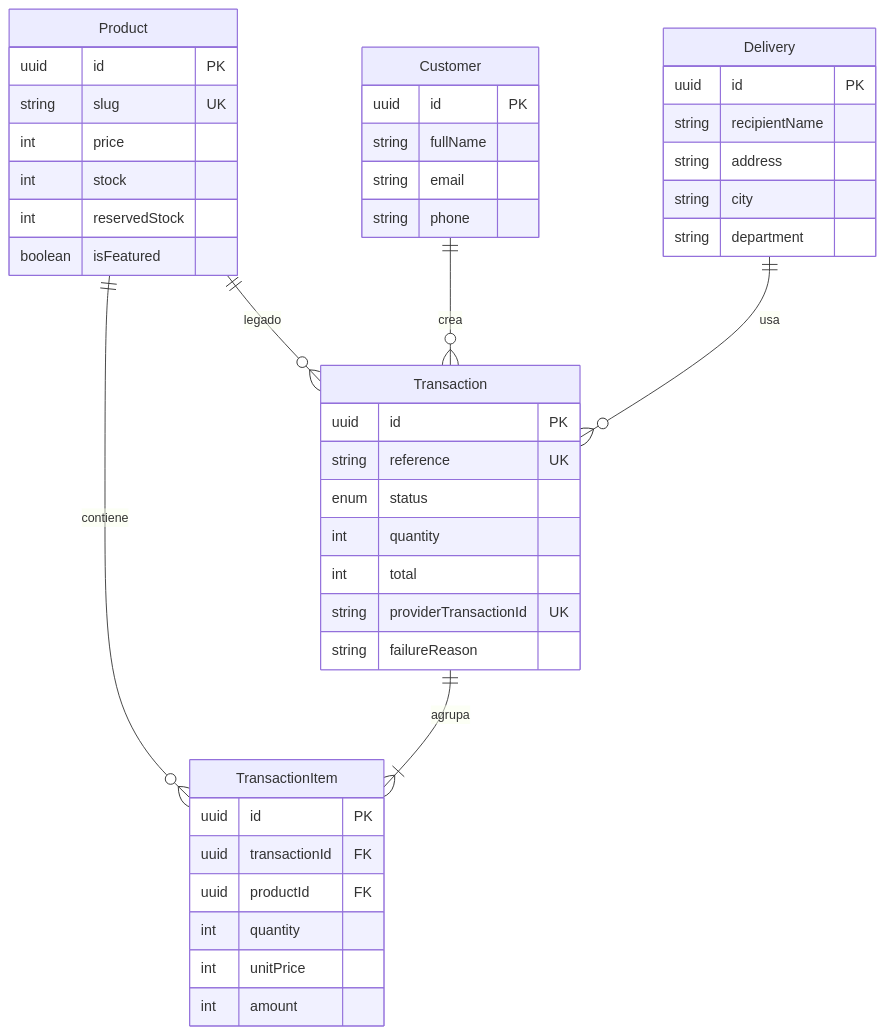
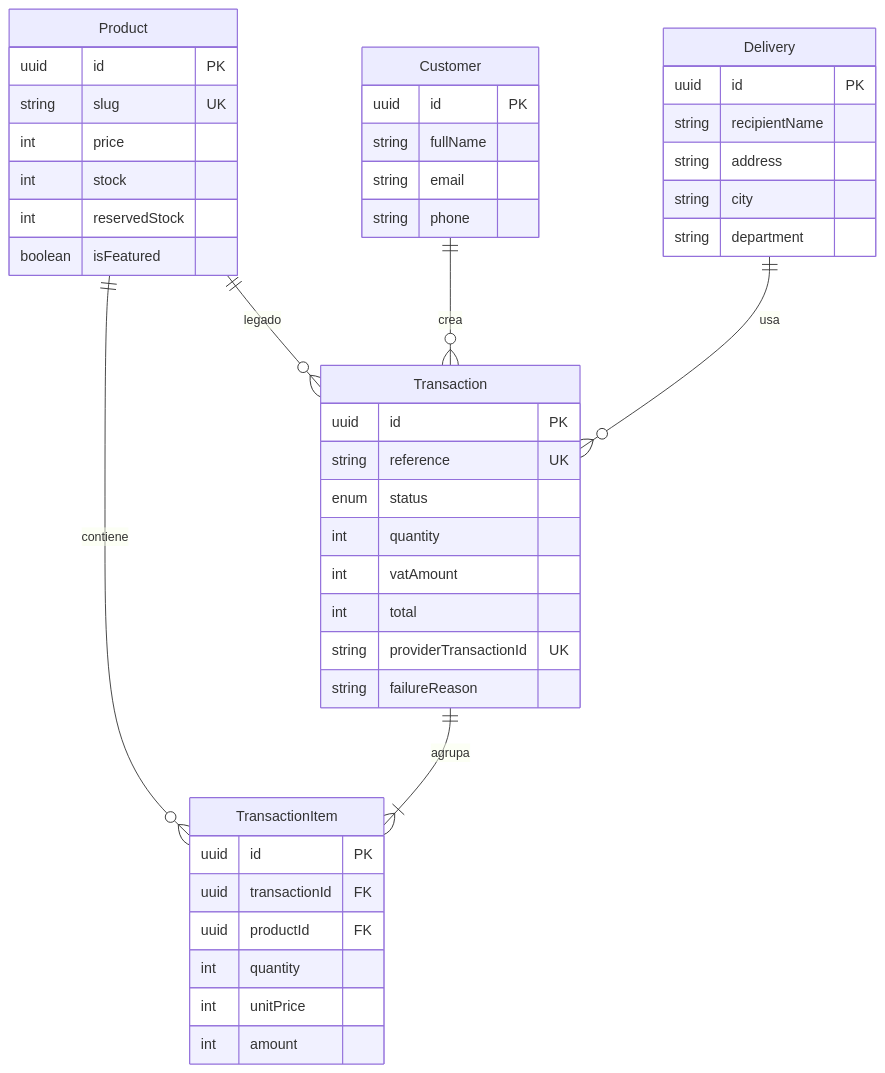
The third of 3 diagrams in README.md (davidGuiitar/checkout-lab), drawn with Mermaid before and after one commit. The commit also changed other lines of this file and 11 other files, not shown here.

````diff
--- a/README.md
+++ b/README.md
@@ -77,47 +77,48 @@
 ```mermaid
 erDiagram
   Product ||--o{ TransactionItem : contiene
   Transaction ||--|{ TransactionItem : agrupa
   Product ||--o{ Transaction : legado
   Customer ||--o{ Transaction : crea
   Delivery ||--o{ Transaction : usa
 
   Product {
     uuid id PK
     string slug UK
     int price
     int stock
     int reservedStock
     boolean isFeatured
   }
   Customer {
     uuid id PK
     string fullName
     string email
     string phone
   }
   Delivery {
     uuid id PK
     string recipientName
     string address
     string city
     string department
   }
   Transaction {
     uuid id PK
     string reference UK
     enum status
     int quantity
+    int vatAmount
     int total
     string providerTransactionId UK
     string failureReason
   }
   TransactionItem {
     uuid id PK
     uuid transactionId FK
     uuid productId FK
     int quantity
     int unitPrice
     int amount
   }
 ```
````
